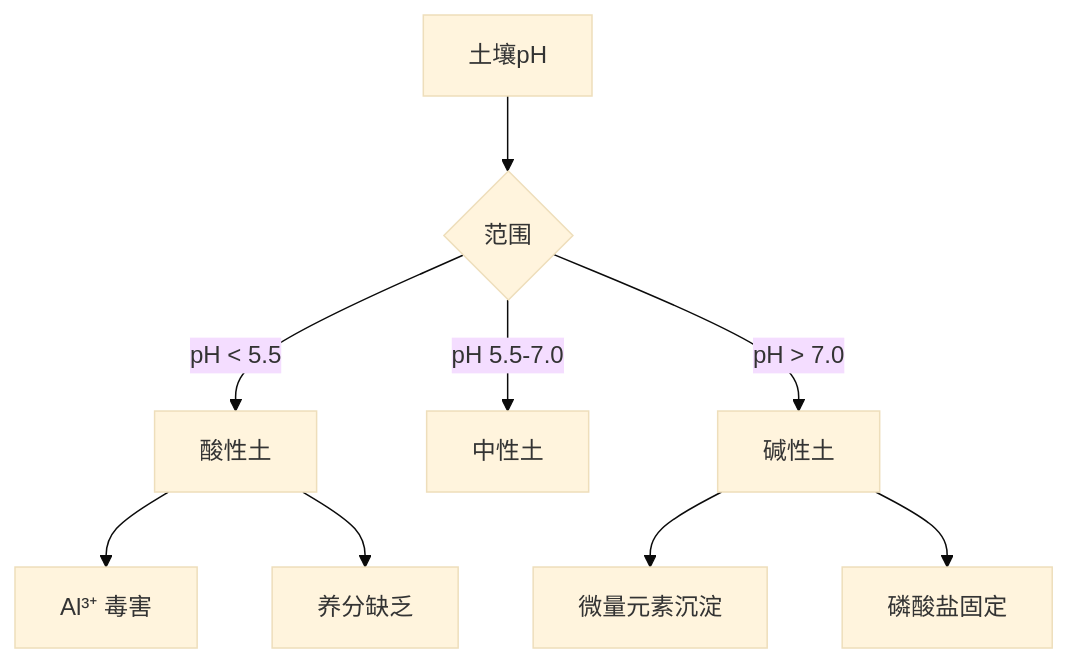
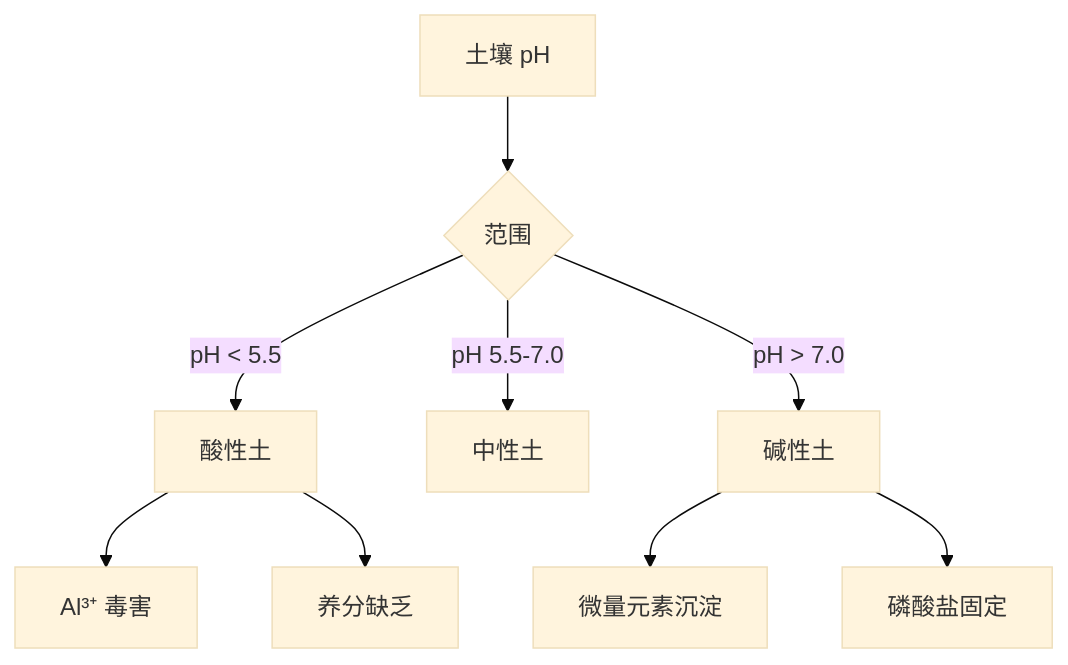
One commit to Tianshang301/TianshangKnowledgeBase changed the second of 3 diagrams in 02_NaturalSciences/Chemistry/EnvironmentalChemistry/水体与土壤化学.md. Above: the diagram before and after it, drawn with Mermaid (base theme). The commit also changed other lines of this file and 2257 other files, not shown here.

````diff
--- a/02_NaturalSciences/Chemistry/EnvironmentalChemistry/水体与土壤化学.md
+++ b/02_NaturalSciences/Chemistry/EnvironmentalChemistry/水体与土壤化学.md
@@ -83,11 +83,11 @@
 ```mermaid
 graph TD
-  A[土壤pH] --> B{范围}
+  A[土壤 pH] --> B{范围}
   B -->|pH < 5.5| C[酸性土]
   B -->|pH 5.5-7.0| D[中性土]
   B -->|pH > 7.0| E[碱性土]
   C --> F[Al³⁺ 毒害]
   C --> G[养分缺乏]
   E --> H[微量元素沉淀]
   E --> I[磷酸盐固定]
 ```
````
